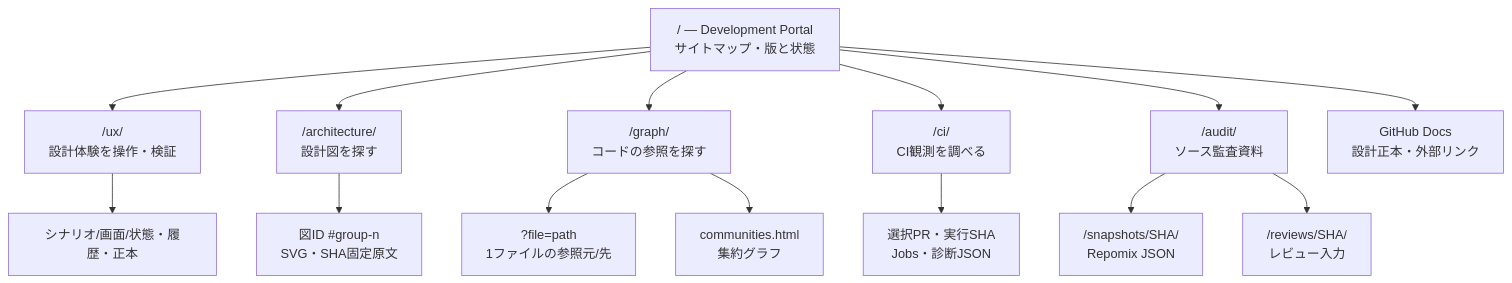
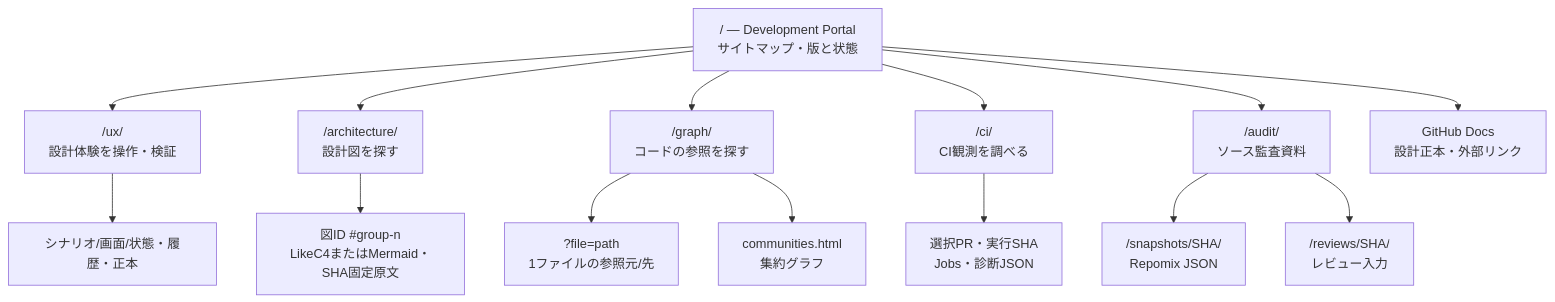
Before and after one commit to yohn-jp/codexia: the first of 7 diagrams in docs/design/DEVELOPMENT-PAGES-UX.md, drawn with Mermaid. The commit also changed other lines of this file and 18 other files, not shown here.

````diff
--- a/docs/design/DEVELOPMENT-PAGES-UX.md
+++ b/docs/design/DEVELOPMENT-PAGES-UX.md
@@ -40,17 +40,17 @@
 ```mermaid
 flowchart TB
     HOME["/ — Development Portal<br/>サイトマップ・版と状態"]
     HOME --> UX["/ux/<br/>設計体験を操作・検証"]
     UX --> UXPLAY["シナリオ/画面/状態・履歴・正本"]
     HOME --> ARCH["/architecture/<br/>設計図を探す"]
     HOME --> GRAPH["/graph/<br/>コードの参照を探す"]
     HOME --> CI["/ci/<br/>CI観測を調べる"]
     HOME --> AUDIT["/audit/<br/>ソース監査資料"]
     HOME --> DOC["GitHub Docs<br/>設計正本・外部リンク"]
-    ARCH --> DIAGRAM["図ID #group-n<br/>SVG・SHA固定原文"]
+    ARCH --> DIAGRAM["図ID #group-n<br/>LikeC4またはMermaid・SHA固定原文"]
     GRAPH --> FILE["?file=path<br/>1ファイルの参照元/先"]
     GRAPH --> COMMUNITY["communities.html<br/>集約グラフ"]
     CI --> RUN["選択PR・実行SHA<br/>Jobs・診断JSON"]
     AUDIT --> SNAP["/snapshots/SHA/<br/>Repomix JSON"]
     AUDIT --> REVIEW["/reviews/SHA/<br/>レビュー入力"]
 ```
````
